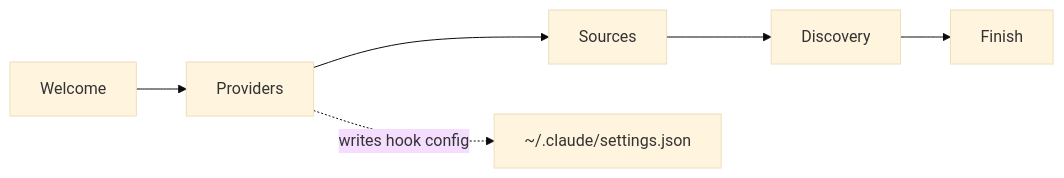
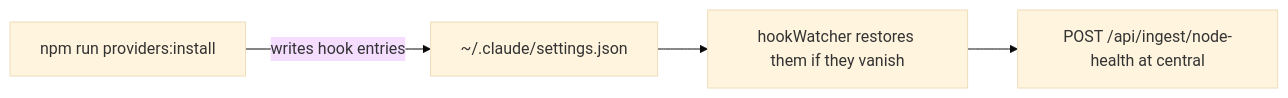
Before and after one commit to ejbrahms/Windrow: the second of 2 diagrams in docs/quickstart.md, drawn with Mermaid (base theme). The commit also changed other lines of this file and 5 other files, not shown here.

````diff
--- a/docs/quickstart.md
+++ b/docs/quickstart.md
@@ -56,8 +57,6 @@
 ```mermaid
 flowchart LR
-  W[Welcome] --> P[Providers]
-  P --> S[Sources]
-  S --> D[Discovery]
-  D --> F[Finish]
-  P -.->|writes hook config| C[~/.claude/settings.json]
+  C[npm run providers:install] -->|writes hook entries| F[~/.claude/settings.json]
+  F --> W[hookWatcher restores them if they vanish]
+  W --> H[POST /api/ingest/node-health at central]
 ```
````
